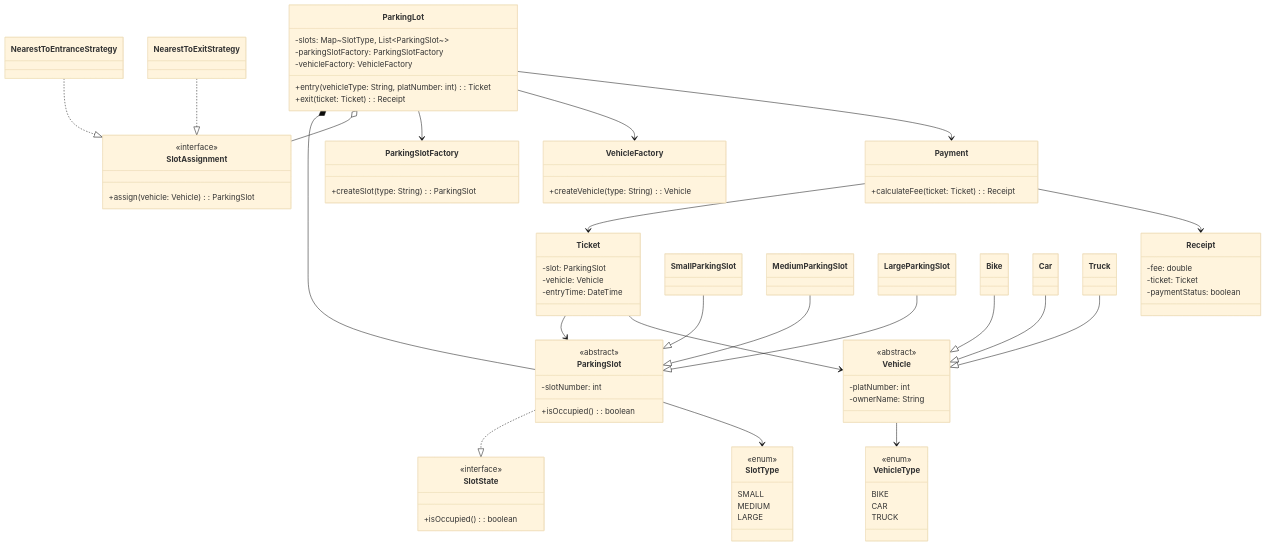
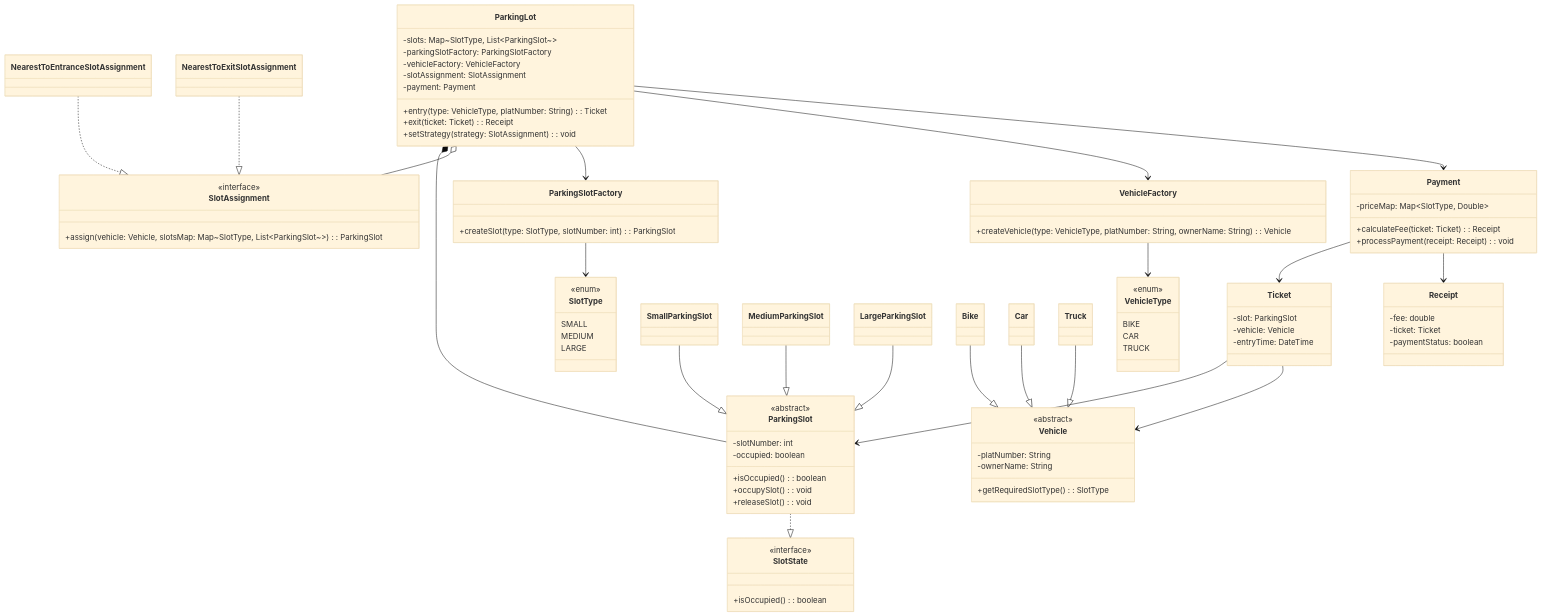
The first of 3 diagrams in src/main/java/com/lld/problems/parkinglot/notes/parkinglot-notes.md (Anuj-Gupta79/lld-mastery), drawn with Mermaid (base theme) before and after one commit. The commit also changed other lines of this file and 24 other files, not shown here.

```diff
--- a/src/main/java/com/lld/problems/parkinglot/notes/parkinglot-notes.md
+++ b/src/main/java/com/lld/problems/parkinglot/notes/parkinglot-notes.md
@@ -73,20 +73,27 @@
         -slots: Map~SlotType, List~ParkingSlot~~
         -parkingSlotFactory: ParkingSlotFactory
         -vehicleFactory: VehicleFactory
-        +entry(vehicleType: String, platNumber: int): Ticket
+        -slotAssignment: SlotAssignment
+        -payment: Payment
+        +entry(type: VehicleType, platNumber: String): Ticket
         +exit(ticket: Ticket): Receipt
+        +setStrategy(strategy: SlotAssignment): void
     }
 
     class ParkingSlot {
         <<abstract>>
         -slotNumber: int
+        -occupied: boolean
         +isOccupied(): boolean
+        +occupySlot(): void
+        +releaseSlot(): void
     }
 
     class Vehicle {
         <<abstract>>
-        -platNumber: int
+        -platNumber: String
         -ownerName: String
+        +getRequiredSlotType(): SlotType
     }
 
     class Ticket {
@@ -96,7 +103,9 @@
     }
 
     class Payment {
+        -priceMap: Map~SlotType, Double~
         +calculateFee(ticket: Ticket): Receipt
+        +processPayment(receipt: Receipt): void
     }
 
     class Receipt {
@@ -107,7 +116,7 @@
 
     class SlotAssignment {
         <<interface>>
-        +assign(vehicle: Vehicle): ParkingSlot
+        +assign(vehicle: Vehicle, slotsMap: Map~SlotType, List~ParkingSlot~~): ParkingSlot
     }
 
     class SlotState {
@@ -116,15 +125,15 @@
     }
 
     class ParkingSlotFactory {
-        +createSlot(type: String): ParkingSlot
+        +createSlot(type: SlotType, slotNumber: int): ParkingSlot
     }
 
     class VehicleFactory {
-        +createVehicle(type: String): Vehicle
+        +createVehicle(type: VehicleType, platNumber: String, ownerName: String): Vehicle
     }
 
-    class NearestToEntranceStrategy
-    class NearestToExitStrategy
+    class NearestToEntranceSlotAssignment
+    class NearestToExitSlotAssignment
 
     class SmallParkingSlot
     class MediumParkingSlot
@@ -155,19 +164,20 @@
     ParkingLot --> Payment
 
     ParkingSlot ..|> SlotState
-    ParkingSlot --> SlotType
+
+    ParkingSlotFactory --> SlotType
+    VehicleFactory --> VehicleType
 
     SmallParkingSlot --|> ParkingSlot
     MediumParkingSlot --|> ParkingSlot
     LargeParkingSlot --|> ParkingSlot
 
-    Vehicle --> VehicleType
     Bike --|> Vehicle
     Car --|> Vehicle
     Truck --|> Vehicle
 
-    NearestToEntranceStrategy ..|> SlotAssignment
-    NearestToExitStrategy ..|> SlotAssignment
+    NearestToEntranceSlotAssignment ..|> SlotAssignment
+    NearestToExitSlotAssignment ..|> SlotAssignment
 
     Ticket --> ParkingSlot
     Ticket --> Vehicle
```
